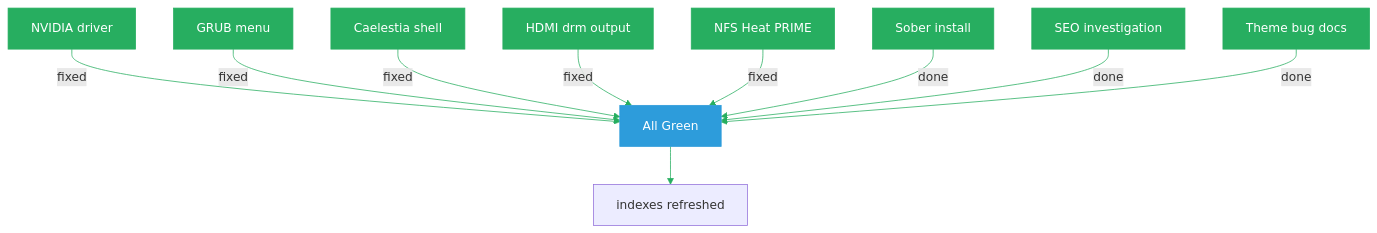
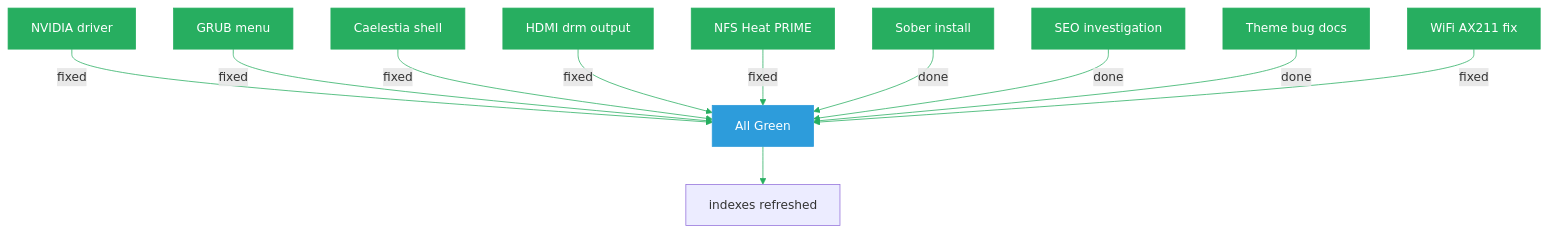
One commit to 444Nazky/My-Vault changed the fourth of 9 diagrams in Graphs/Vault-Overview.md. Above: the diagram before and after it, drawn with Mermaid. The commit also changed other lines of this file and 3 other files, not shown here.

````diff
--- a/Graphs/Vault-Overview.md
+++ b/Graphs/Vault-Overview.md
@@ -75,22 +75,24 @@
 ```mermaid
 %%{init: {'theme': 'default', 'themeVariables': { 'primaryColor': '#27AE60', 'lineColor': '#27AE60'}}}%%
 flowchart TD
  A["NVIDIA driver"] -->|"fixed"| Z["All Green"]
  B["GRUB menu"] -->|"fixed"| Z
  C["Caelestia shell"] -->|"fixed"| Z
  D["HDMI drm output"] -->|"fixed"| Z
  E["NFS Heat PRIME"] -->|"fixed"| Z
  F["Sober install"] -->|"done"| Z
  G["SEO investigation"] -->|"done"| Z
  H["Theme bug docs"] -->|"done"| Z
- Z --> I["indexes refreshed"]
+ I["WiFi AX211 fix"] -->|"fixed"| Z
+ Z --> J["indexes refreshed"]
  style A fill:#27AE60,stroke:#27AE60,color:#fff
  style B fill:#27AE60,stroke:#27AE60,color:#fff
  style C fill:#27AE60,stroke:#27AE60,color:#fff
  style D fill:#27AE60,stroke:#27AE60,color:#fff
  style E fill:#27AE60,stroke:#27AE60,color:#fff
  style F fill:#27AE60,stroke:#27AE60,color:#fff
  style G fill:#27AE60,stroke:#27AE60,color:#fff
  style H fill:#27AE60,stroke:#27AE60,color:#fff
+ style I fill:#27AE60,stroke:#27AE60,color:#fff
  style Z fill:#2D9CDB,stroke:#2D9CDB,color:#fff
 ```
````
